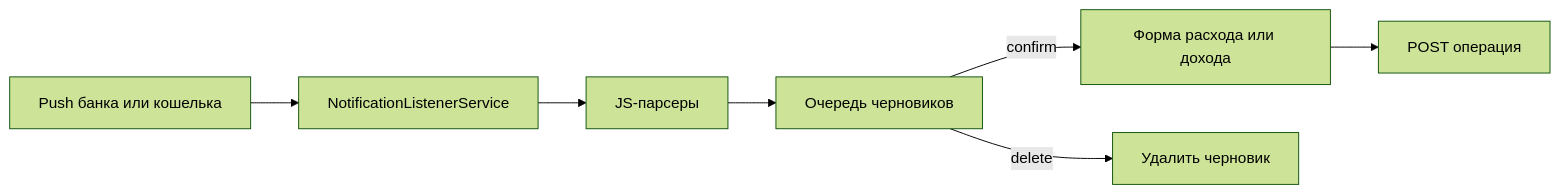
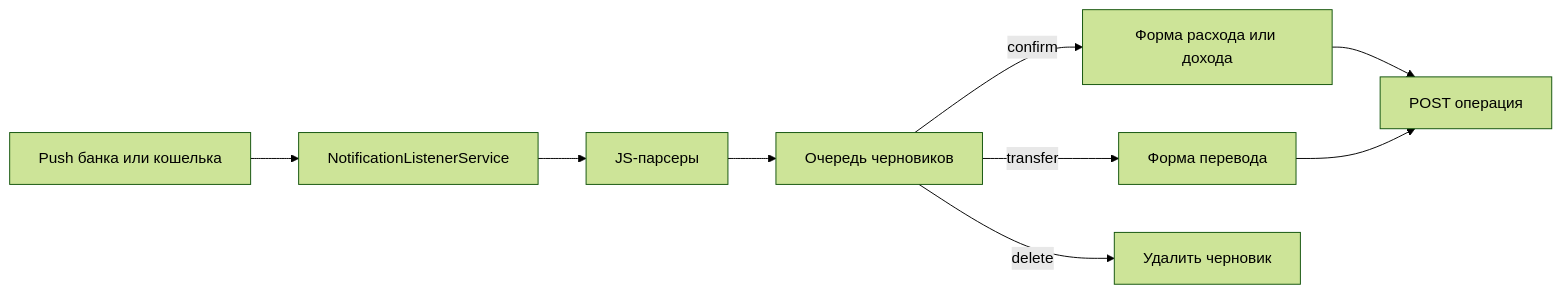
The first of 3 diagrams in roadmap/notification-intercept.md (kai-zer-ru/buhgalter), drawn with Mermaid (forest theme) before and after one commit. The commit also changed other lines of this file and 22 other files, not shown here.

````diff
--- a/roadmap/notification-intercept.md
+++ b/roadmap/notification-intercept.md
@@ -40,9 +40,11 @@
 ```mermaid
 flowchart LR
   Push[Push банка или кошелька] --> Listener[NotificationListenerService]
   Listener --> Parse[JS-парсеры]
   Parse --> Drafts[Очередь черновиков]
   Drafts -->|confirm| Form[Форма расхода или дохода]
+  Drafts -->|transfer| TransferForm[Форма перевода]
   Drafts -->|delete| Drop[Удалить черновик]
   Form --> API[POST операция]
+  TransferForm --> API
 ```
````
